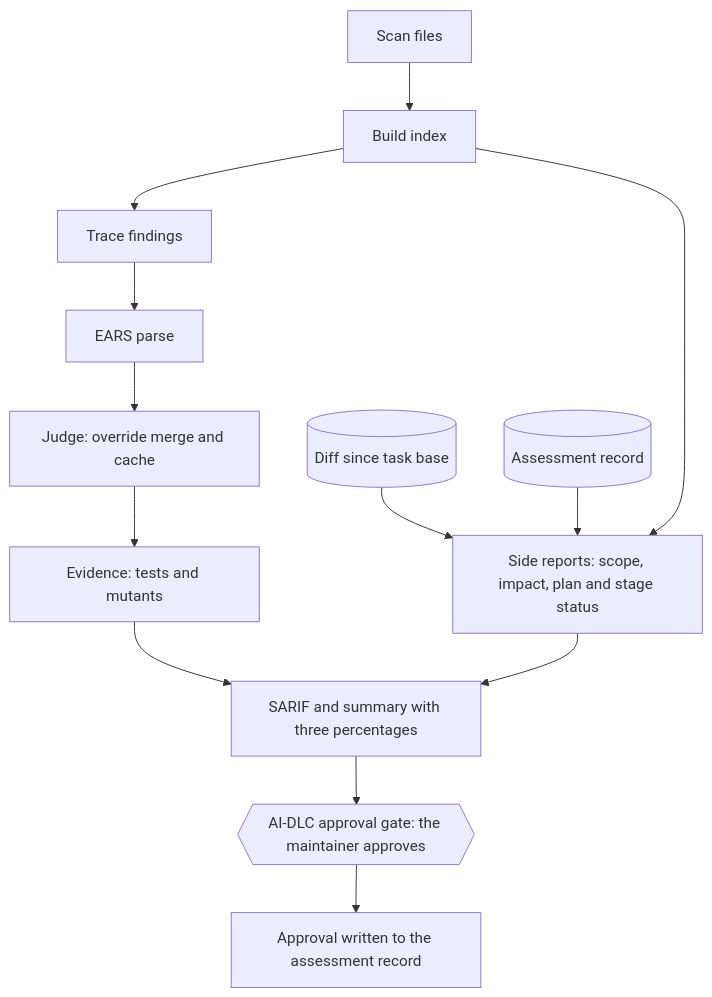
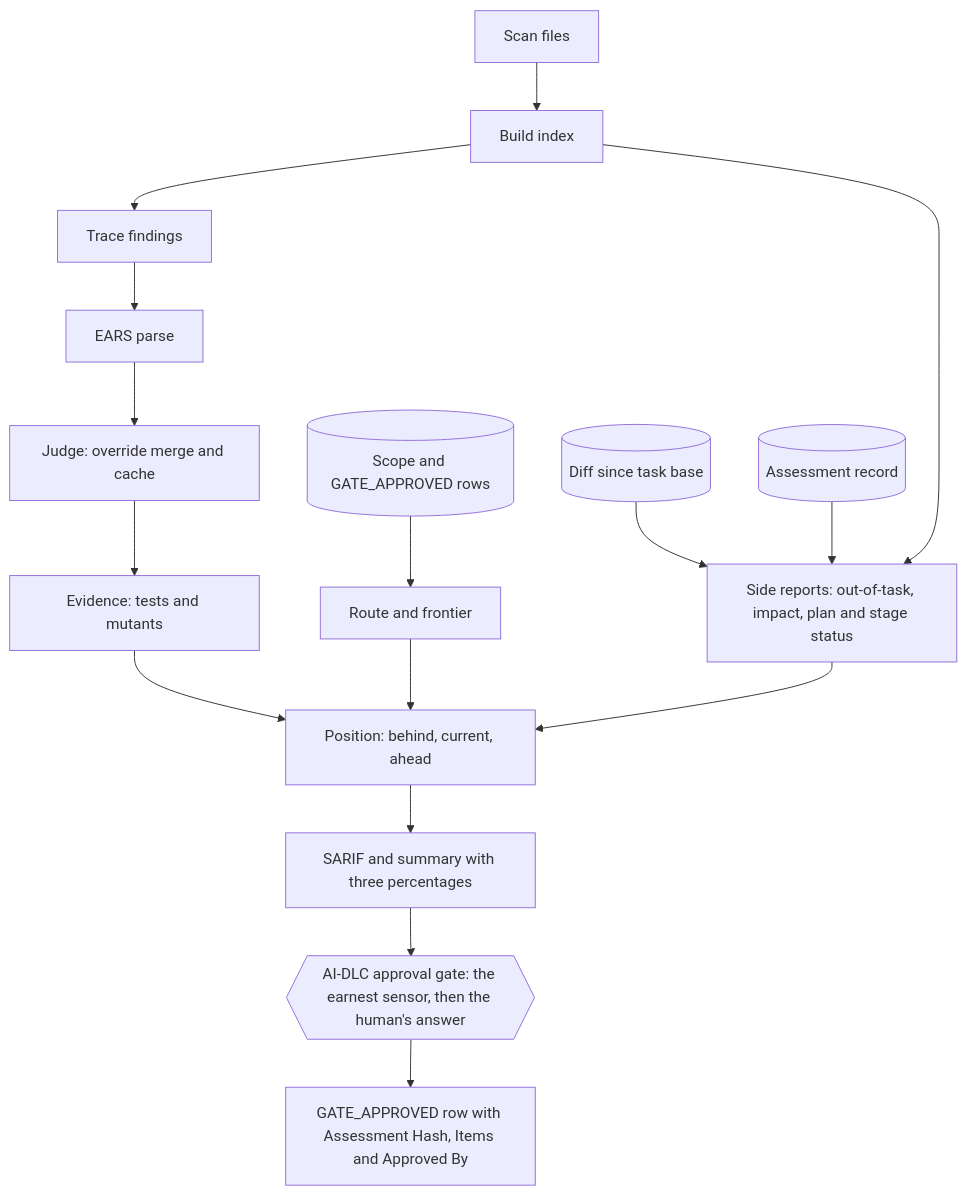
One commit to nullrul/earnest changed the fifth of 5 diagrams in docs/design/01-logic-design.md. Above: the diagram before and after it, drawn with Mermaid. The commit also changed other lines of this file and 1 other file, not shown here.

First line of the commit message:
docs: align logic design with AI-DLC terms and workflow

````diff
--- a/docs/design/01-logic-design.md
+++ b/docs/design/01-logic-design.md
@@ -883,15 +1020,18 @@
 ```mermaid
 flowchart TB
   scan[Scan files] --> index[Build index]
   index --> trace[Trace findings]
   trace --> parse[EARS parse]
   parse --> judge[Judge: override merge and cache]
   judge --> evid[Evidence: tests and mutants]
-  evid --> out[SARIF and summary with three percentages]
+  evid --> pos[Position: behind, current, ahead]
+  audit[(Scope and GATE_APPROVED rows)] --> front[Route and frontier]
+  front --> pos
+  pos --> out[SARIF and summary with three percentages]
   diff[(Diff since task base)] --> side
   record[(Assessment record)] --> side
-  index --> side[Side reports: scope, impact, plan and stage status]
-  side --> out
-  out --> gate{{"AI-DLC approval gate: the maintainer approves"}}
-  gate --> approve[Approval written to the assessment record]
+  index --> side[Side reports: out-of-task, impact, plan and stage status]
+  side --> pos
+  out --> gate{{"AI-DLC approval gate: the earnest sensor, then the human's answer"}}
+  gate --> approve[GATE_APPROVED row with Assessment Hash, Items and Approved By]
 ```
````
